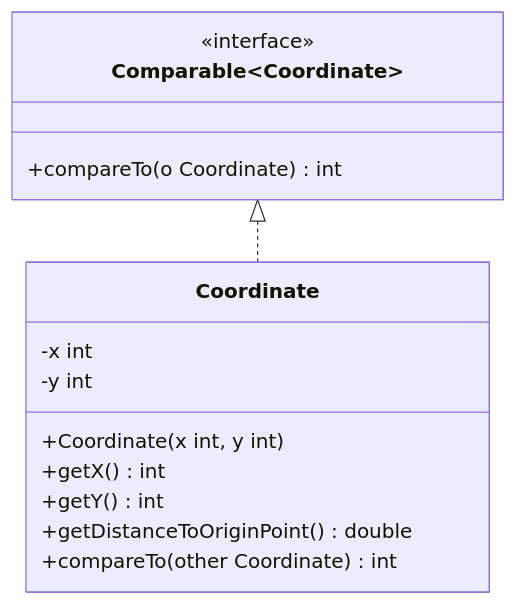
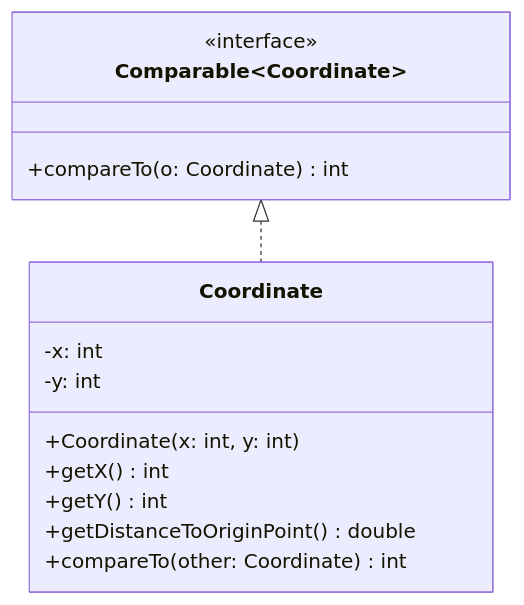
The diagram in docs/exercises/comparators/comparators01.mdx (jappuccini/java-docs), drawn with Mermaid before and after one commit. The commit also changed other lines of this file and 76 other files, not shown here.

Commit message:
uml fixes (colons, properties), headline fixes (italic) and exam result updates

````diff
--- a/docs/exercises/comparators/comparators01.mdx
+++ b/docs/exercises/comparators/comparators01.mdx
@@ -14,19 +14,19 @@
 ```mermaid
 classDiagram
     Comparable~Coordinate~ <|.. Coordinate
 
     class Coordinate {
-        -x int
-        -y int
-        +Coordinate(x int, y int)
+        -x: int
+        -y: int
+        +Coordinate(x: int, y: int)
         +getX() int
         +getY() int
         +getDistanceToOriginPoint() double
-        +compareTo(other Coordinate) int
+        +compareTo(other: Coordinate) int
     }
 
     class Comparable~Coordinate~ {
         <<interface>>
-        +compareTo(o Coordinate) int
+        +compareTo(o: Coordinate) int
     }
 ```
````
